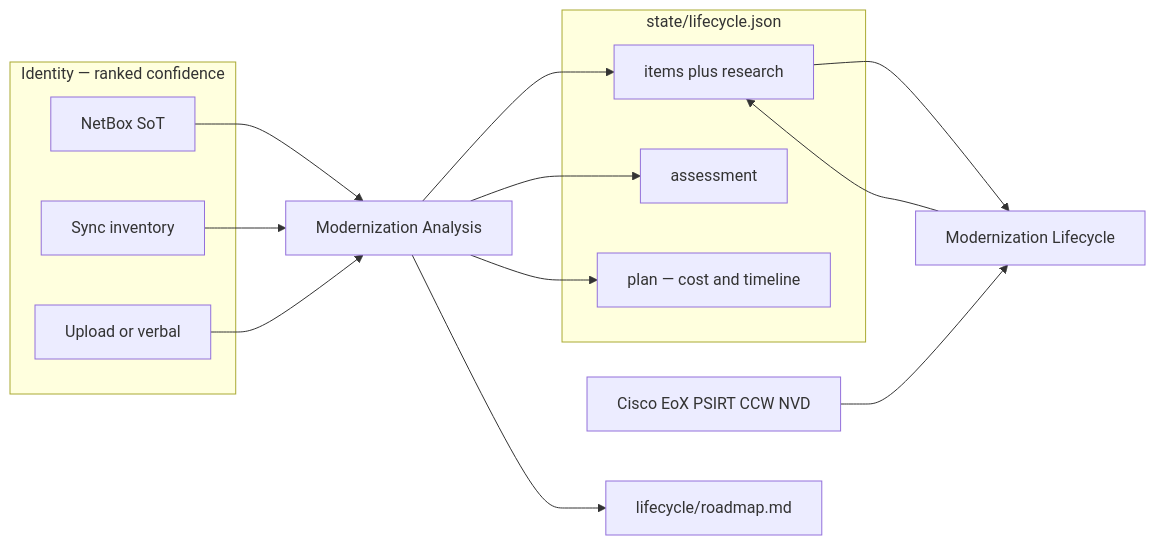
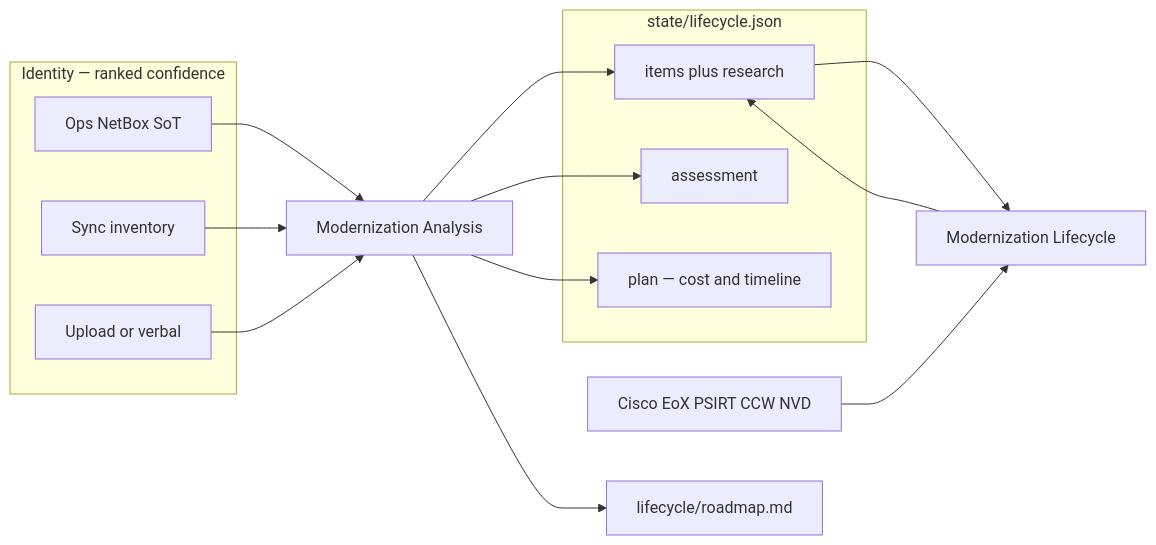
Before and after one commit to Presidio-Federal/ai-studio-netops: the diagram in documentation/modernization-agents.md, drawn with Mermaid. The commit also changed 58 other files, not shown here.

````diff
--- a/documentation/modernization-agents.md
+++ b/documentation/modernization-agents.md
@@ -16,27 +16,27 @@
 ```mermaid
 flowchart LR
   subgraph ingest [Identity — ranked confidence]
-    SoT[NetBox SoT]
+    SoT[Ops NetBox SoT]
     Sync[Sync inventory]
     Upload[Upload or verbal]
   end
   subgraph estate [state/lifecycle.json]
     Items[items plus research]
     Assess[assessment]
     Plan[plan — cost and timeline]
   end
   MA[Modernization Analysis]
   ML[Modernization Lifecycle]
   Cisco[Cisco EoX PSIRT CCW NVD]
   Road[lifecycle/roadmap.md]
   SoT --> MA
   Sync --> MA
   Upload --> MA
   MA --> Items
   Items --> ML
   Cisco --> ML
   ML --> Items
   MA --> Assess
   MA --> Plan
   MA --> Road
 ```
````
